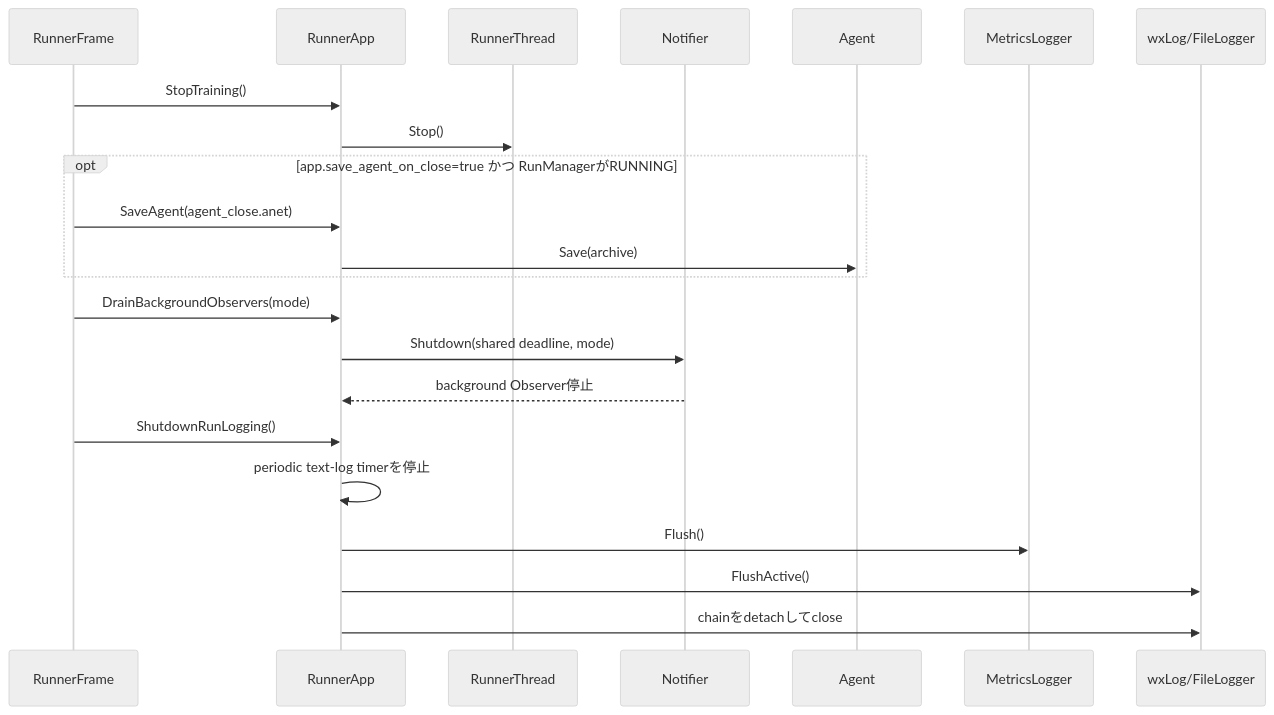
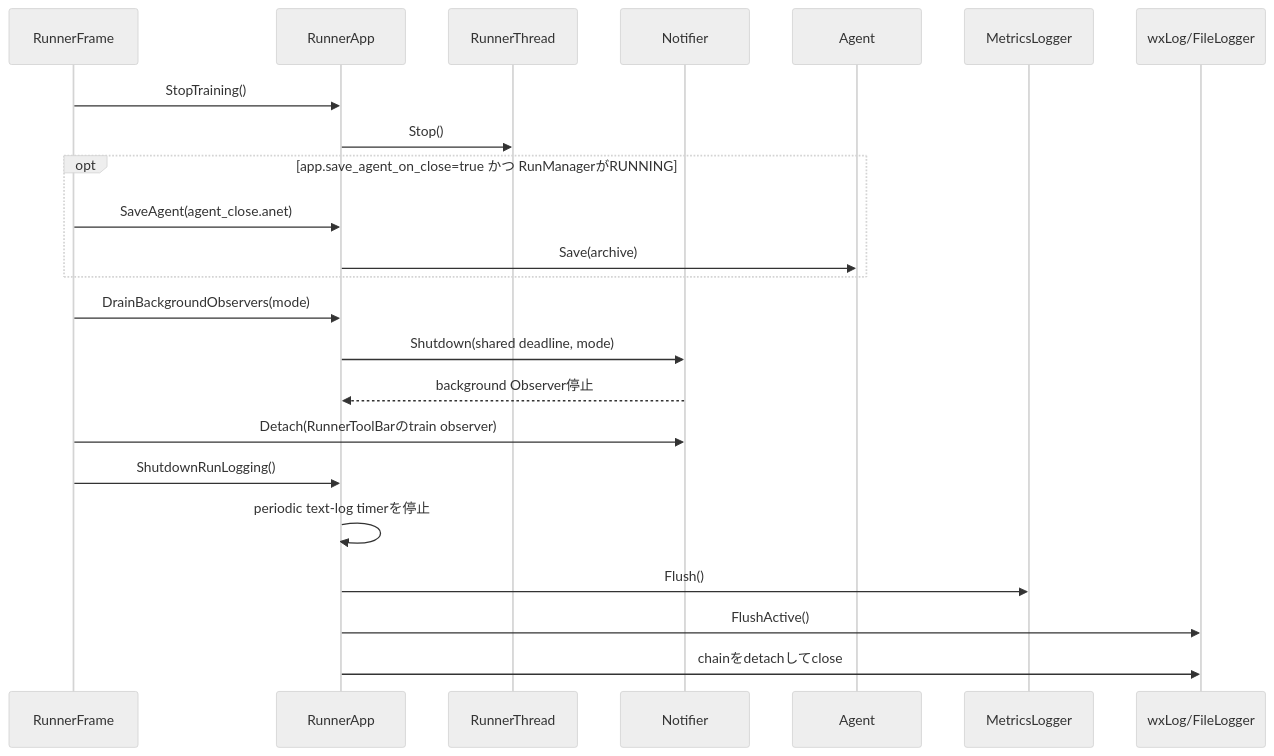
One commit to kazukin123/anet-lab changed the third of 3 diagrams in docs/design/140_observability.jp.md. Above: the diagram before and after it, drawn with Mermaid (neutral theme). The commit also changed other lines of this file and 10 other files, not shown here.

````diff
--- a/docs/design/140_observability.jp.md
+++ b/docs/design/140_observability.jp.md
@@ -153,25 +153,26 @@
 ```mermaid
 sequenceDiagram
     participant UI as RunnerFrame
     participant A as RunnerApp
     participant T as RunnerThread
     participant N as Notifier
     participant G as Agent
     participant M as MetricsLogger
     participant L as wxLog/FileLogger
 
     UI->>A: StopTraining()
     A->>T: Stop()
     opt app.save_agent_on_close=true かつ RunManagerがRUNNING
         UI->>A: SaveAgent(agent_close.anet)
         A->>G: Save(archive)
     end
     UI->>A: DrainBackgroundObservers(mode)
     A->>N: Shutdown(shared deadline, mode)
     N-->>A: background Observer停止
+    UI->>N: Detach(RunnerToolBarのtrain observer)
     UI->>A: ShutdownRunLogging()
     A->>A: periodic text-log timerを停止
     A->>M: Flush()
     A->>L: FlushActive()
     A->>L: chainをdetachしてclose
 ```
````
